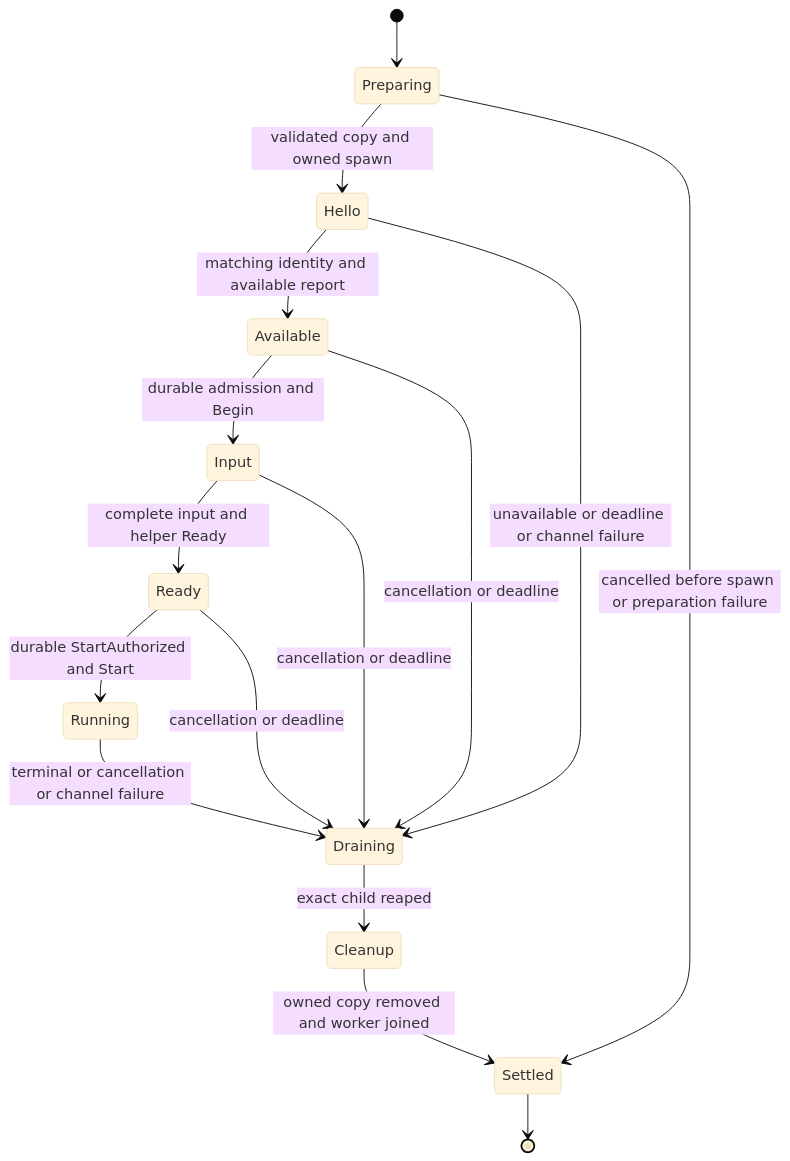
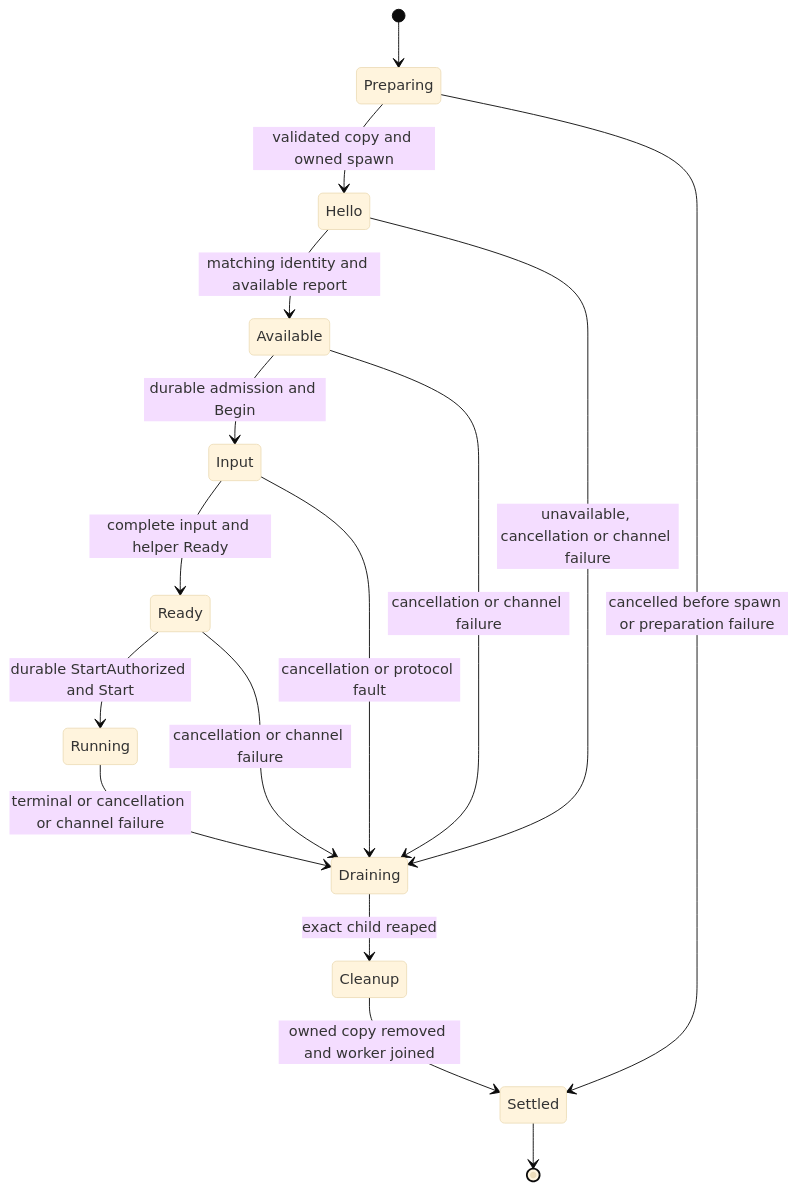
Diagram 11 of 11 in docs/designs/swift-rust-boundary.md (pidster/asura), drawn with Mermaid (base theme) before and after one commit. The commit also changed other lines of this file and 39 other files, not shown here.

````diff
--- a/docs/designs/swift-rust-boundary.md
+++ b/docs/designs/swift-rust-boundary.md
@@ -1045,18 +1059,18 @@
 ```mermaid
 stateDiagram-v2
   [*] --> Preparing
   Preparing --> Hello: validated copy and owned spawn
   Preparing --> Settled: cancelled before spawn or preparation failure
   Hello --> Available: matching identity and available report
   Available --> Input: durable admission and Begin
   Input --> Ready: complete input and helper Ready
   Ready --> Running: durable StartAuthorized and Start
   Running --> Draining: terminal or cancellation or channel failure
-  Hello --> Draining: unavailable or deadline or channel failure
-  Available --> Draining: cancellation or deadline
-  Input --> Draining: cancellation or deadline
-  Ready --> Draining: cancellation or deadline
+  Hello --> Draining: unavailable, cancellation or channel failure
+  Available --> Draining: cancellation or channel failure
+  Input --> Draining: cancellation or protocol fault
+  Ready --> Draining: cancellation or channel failure
   Draining --> Cleanup: exact child reaped
   Cleanup --> Settled: owned copy removed and worker joined
   Settled --> [*]
 ```
````
